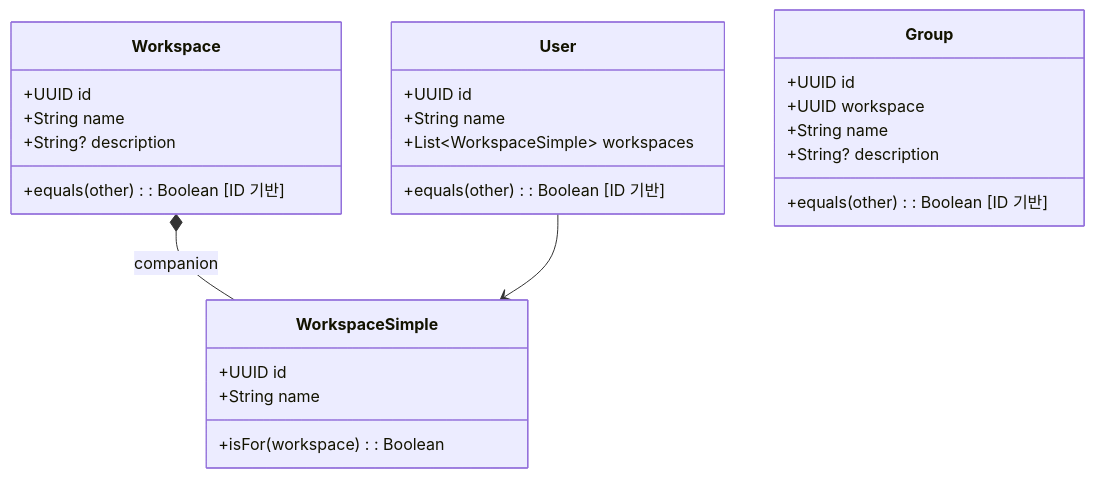
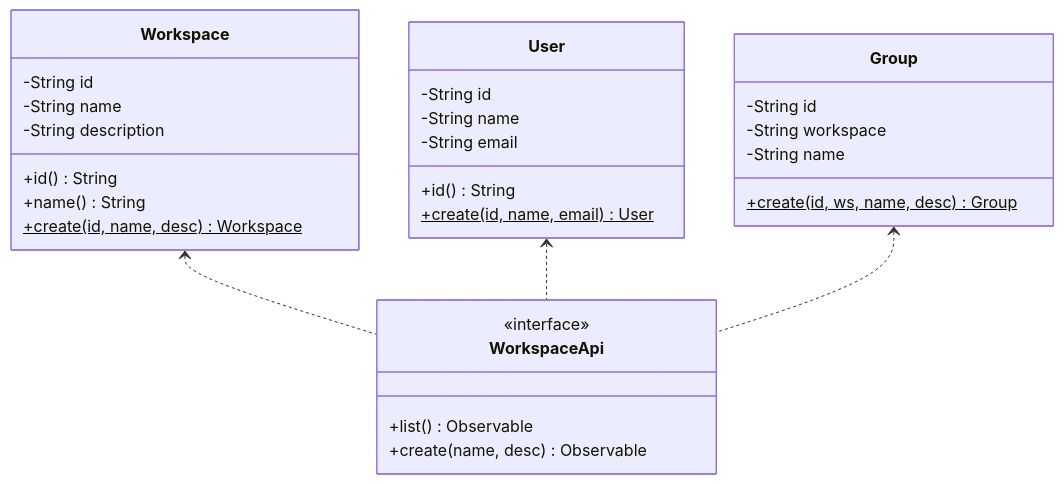
The diagram in workspace/CLASS-DIAGRAM.md (sayaya1090/handbook), drawn with Mermaid before and after one commit. The commit also changed 22 other files, not shown here.

````diff
--- a/workspace/CLASS-DIAGRAM.md
+++ b/workspace/CLASS-DIAGRAM.md
@@ -3,32 +5,33 @@
 ```mermaid
 classDiagram
     class Workspace {
-        +UUID id
-        +String name
-        +String? description
-        +equals(other): Boolean [ID 기반]
+        -String id
+        -String name
+        -String description
+        +id() String
+        +name() String
+        +create(id, name, desc)$ Workspace
     }
-
-    class WorkspaceSimple {
-        +UUID id
-        +String name
-        +isFor(workspace): Boolean
+    class User {
+        -String id
+        -String name
+        -String email
+        +id() String
+        +create(id, name, email)$ User
     }
-    Workspace *-- WorkspaceSimple : companion
-
-    class User {
-        +UUID id
-        +String name
-        +List~WorkspaceSimple~ workspaces
-        +equals(other): Boolean [ID 기반]
+    class Group {
+        -String id
+        -String workspace
+        -String name
+        +create(id, ws, name, desc)$ Group
     }
-    User --> WorkspaceSimple
-
-    class Group {
-        +UUID id
-        +UUID workspace
-        +String name
-        +String? description
-        +equals(other): Boolean [ID 기반]
+    class WorkspaceApi {
+        <<interface>>
+        +list() Observable
+        +create(name, desc) Observable
     }
+    
+    Workspace <.. WorkspaceApi
+    User <.. WorkspaceApi
+    Group <.. WorkspaceApi
 ```
````
